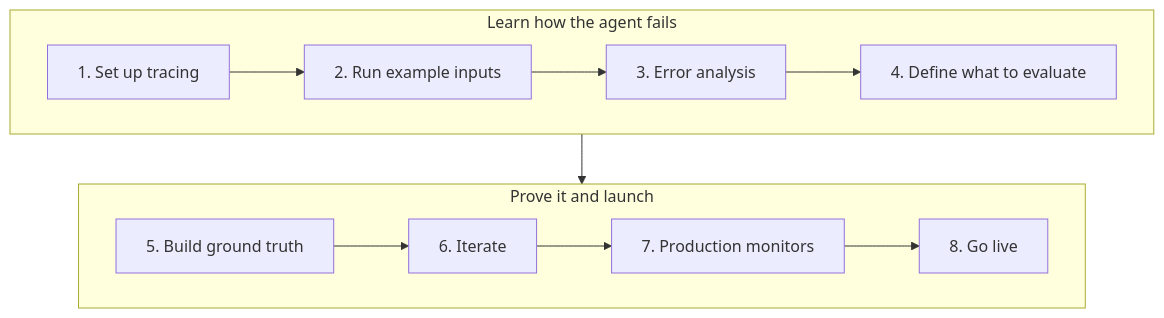
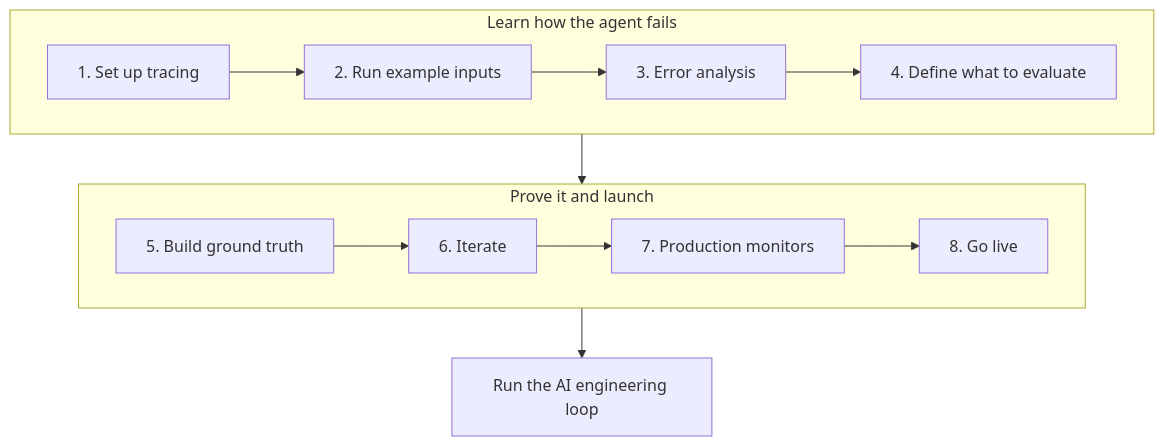
Before and after one commit to langfuse/langfuse-docs: the diagram in content/blog/2026-10-22-regulated-industries-ai-agents-production.mdx, drawn with Mermaid.

Commit message:
Add AI engineering loop step to the process diagram

````diff
--- a/content/blog/2026-10-22-regulated-industries-ai-agents-production.mdx
+++ b/content/blog/2026-10-22-regulated-industries-ai-agents-production.mdx
@@ -41,12 +41,13 @@
 ```mermaid
 flowchart TB
     subgraph learn["Learn how the agent fails"]
         direction LR
         A["1. Set up tracing"] --> B["2. Run example inputs"] --> C["3. Error analysis"] --> D["4. Define what to evaluate"]
     end
     subgraph ship["Prove it and launch"]
         direction LR
         E["5. Build ground truth"] --> F["6. Iterate"] --> G["7. Production monitors"] --> H["8. Go live"]
     end
     learn --> ship
+    ship --> I["Run the AI engineering loop"]
 ```
````
